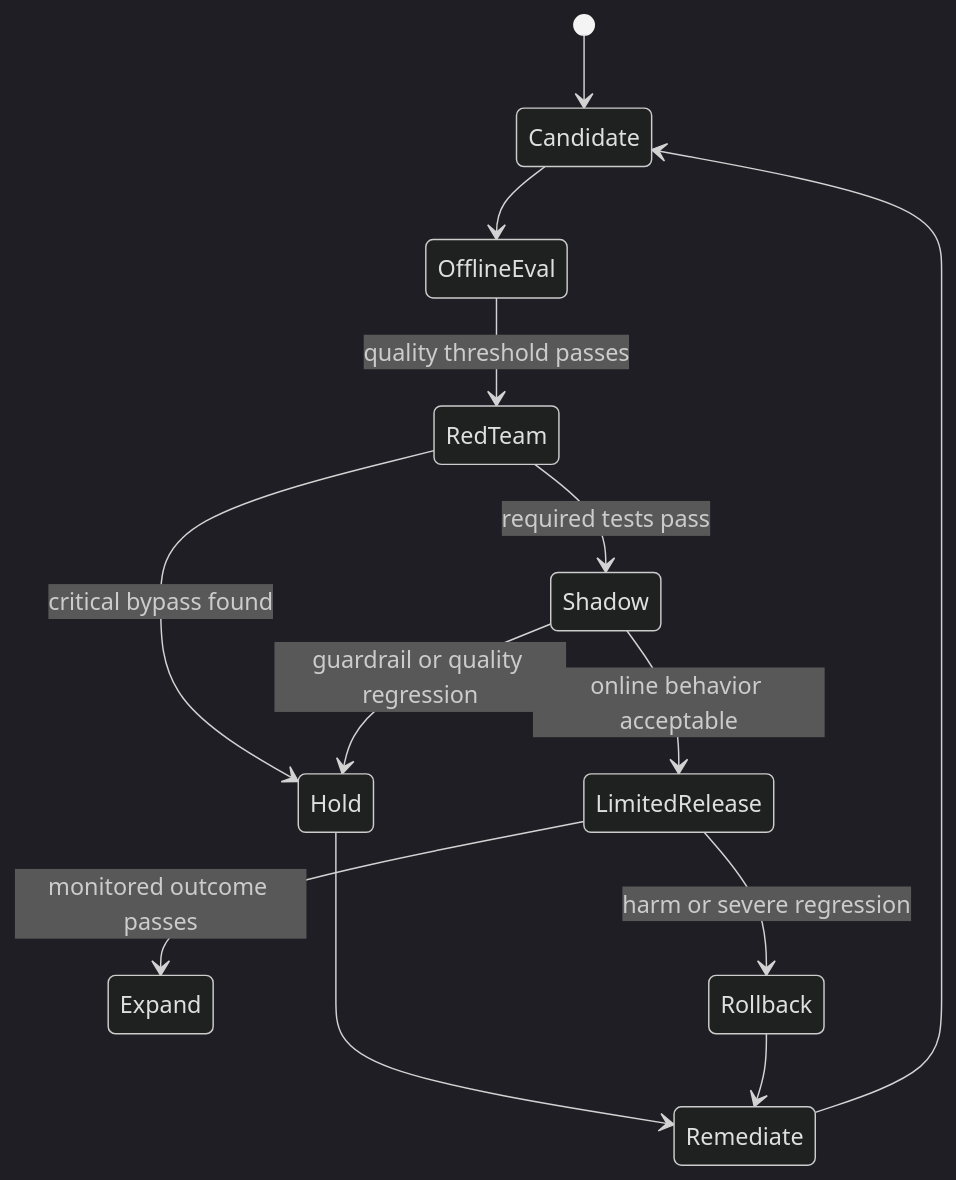
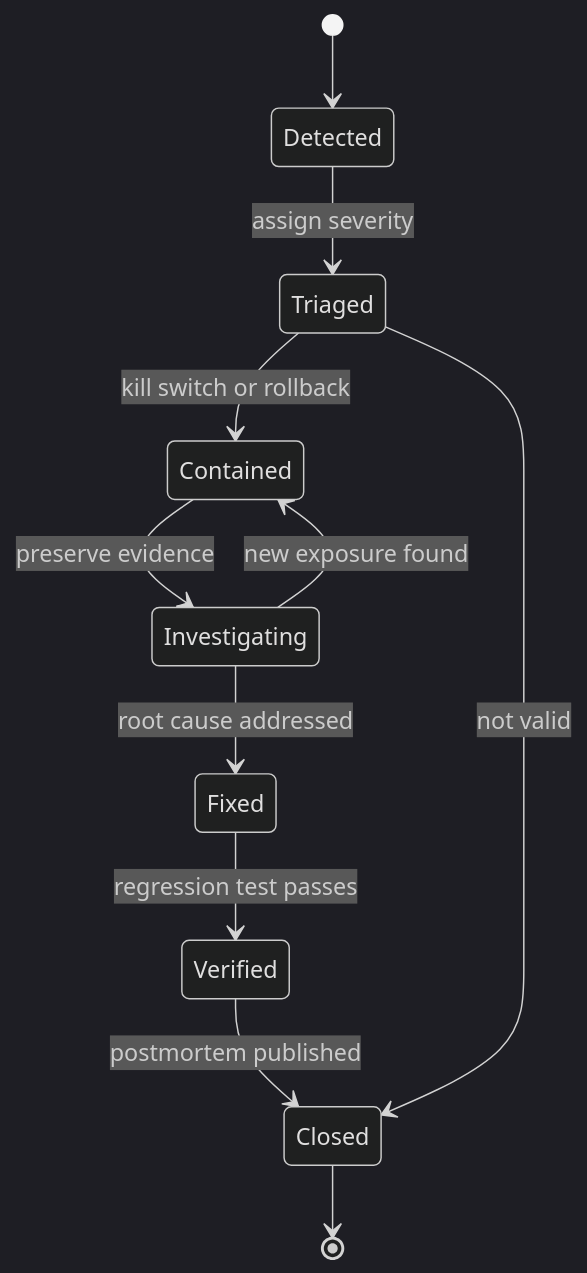
Before and after one commit to joydasss/Architect: diagram 13 of 14 in 16_AI_and_GenAI/CH24_Generative_AI_Evaluation_Guardrails_and_Hallucinations.md, drawn with Mermaid (dark theme). The commit also changed other lines of this file and 295 other files, not shown here.

````diff
--- a/16_AI_and_GenAI/CH24_Generative_AI_Evaluation_Guardrails_and_Hallucinations.md
+++ b/16_AI_and_GenAI/CH24_Generative_AI_Evaluation_Guardrails_and_Hallucinations.md
@@ -71,15 +1388,13 @@
 ```mermaid
 stateDiagram-v2
-    [*] --> Candidate
-    Candidate --> OfflineEval
-    OfflineEval --> RedTeam: quality threshold passes
-    RedTeam --> Hold: critical bypass found
-    RedTeam --> Shadow: required tests pass
-    Shadow --> LimitedRelease: online behavior acceptable
-    Shadow --> Hold: guardrail or quality regression
-    LimitedRelease --> Expand: monitored outcome passes
-    LimitedRelease --> Rollback: harm or severe regression
-    Hold --> Remediate
-    Remediate --> Candidate
-    Rollback --> Remediate
+    [*] --> Detected
+    Detected --> Triaged: assign severity
+    Triaged --> Contained: kill switch or rollback
+    Contained --> Investigating: preserve evidence
+    Investigating --> Fixed: root cause addressed
+    Fixed --> Verified: regression test passes
+    Verified --> Closed: postmortem published
+    Triaged --> Closed: not valid
+    Investigating --> Contained: new exposure found
+    Closed --> [*]
 ```
````
